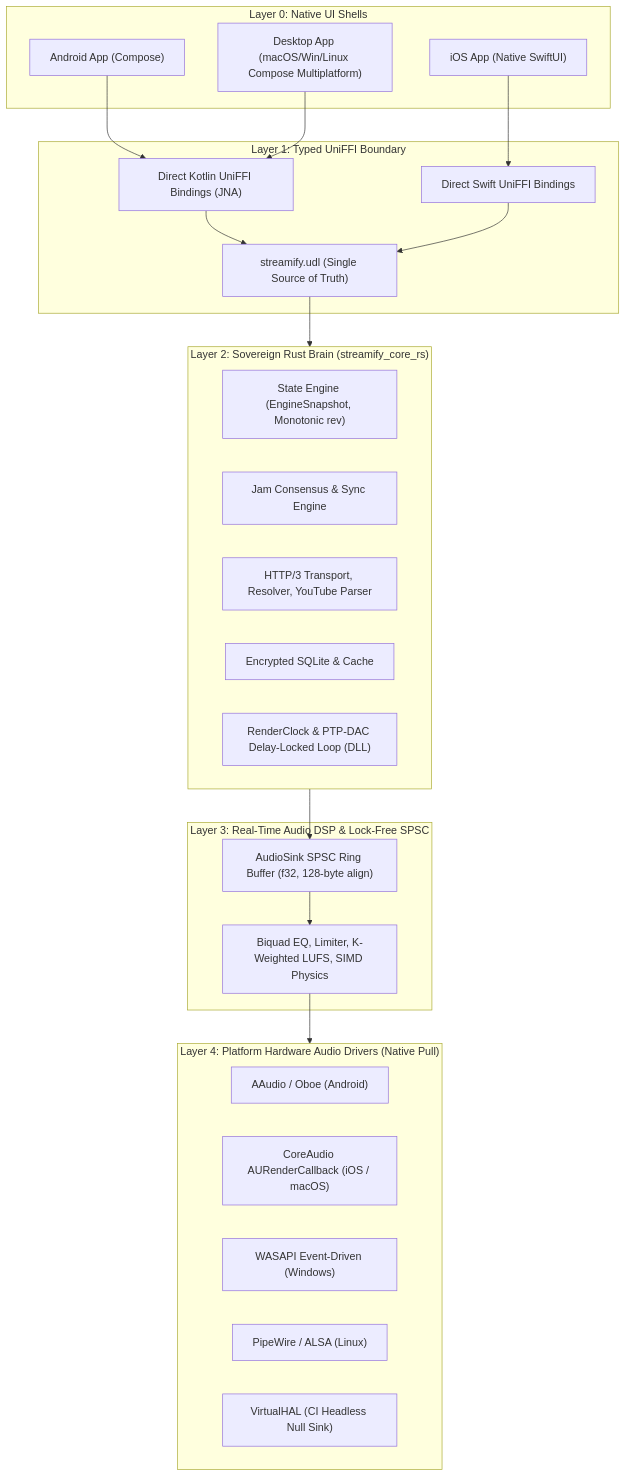
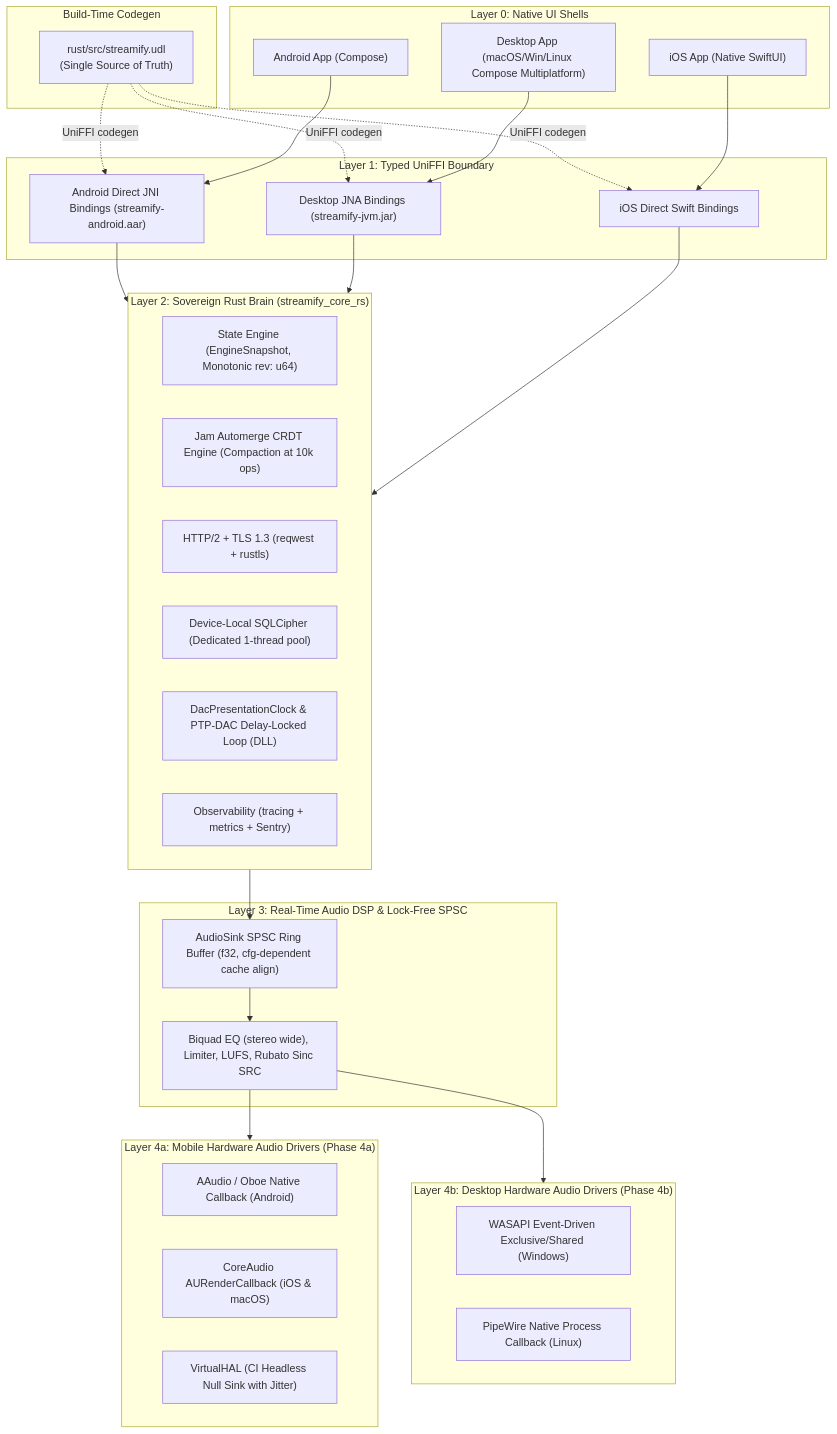
The diagram in docs/architecture/MULTIPLATFORM_PLAN_27_10.MD (meraxes89/streamify-apk), drawn with Mermaid before and after one commit. The commit also changed other lines of this file and 1 other file, not shown here.

Commit message:
docs: incorporate principal architect review (resp5.md) into multiplatform plan

````diff
--- a/docs/architecture/MULTIPLATFORM_PLAN_27_10.MD
+++ b/docs/architecture/MULTIPLATFORM_PLAN_27_10.MD
@@ -39,43 +61,56 @@
 ```mermaid
 flowchart TD
+    subgraph BuildTime["Build-Time Codegen"]
+        UDL["rust/src/streamify.udl<br/>(Single Source of Truth)"]
+    end
+
     subgraph Layer0["Layer 0: Native UI Shells"]
         UIA["Android App (Compose)"]
         UID["Desktop App (macOS/Win/Linux Compose Multiplatform)"]
         UII["iOS App (Native SwiftUI)"]
     end
 
     subgraph Layer1["Layer 1: Typed UniFFI Boundary"]
-        KBridge["Direct Kotlin UniFFI Bindings (JNA)"]
-        SBridge["Direct Swift UniFFI Bindings"]
-        Contract["streamify.udl (Single Source of Truth)"]
+        KBridge["Android Direct JNI Bindings (streamify-android.aar)"]
+        JVMBridge["Desktop JNA Bindings (streamify-jvm.jar)"]
+        SBridge["iOS Direct Swift Bindings"]
     end
 
     subgraph Layer2["Layer 2: Sovereign Rust Brain (streamify_core_rs)"]
-        State["State Engine (EngineSnapshot, Monotonic rev)"]
-        CRDT["Jam Consensus & Sync Engine"]
-        Net["HTTP/3 Transport, Resolver, YouTube Parser"]
-        DB["Encrypted SQLite & Cache"]
-        Clock["RenderClock & PTP-DAC Delay-Locked Loop (DLL)"]
+        State["State Engine (EngineSnapshot, Monotonic rev: u64)"]
+        CRDT["Jam Automerge CRDT Engine (Compaction at 10k ops)"]
+        Net["HTTP/2 + TLS 1.3 (reqwest + rustls)"]
+        DB["Device-Local SQLCipher (Dedicated 1-thread pool)"]
+        Clock["DacPresentationClock & PTP-DAC Delay-Locked Loop (DLL)"]
+        Obs["Observability (tracing + metrics + Sentry)"]
     end
 
     subgraph Layer3["Layer 3: Real-Time Audio DSP & Lock-Free SPSC"]
-        Ring["AudioSink SPSC Ring Buffer (f32, 128-byte align)"]
-        DSP["Biquad EQ, Limiter, K-Weighted LUFS, SIMD Physics"]
+        Ring["AudioSink SPSC Ring Buffer (f32, cfg-dependent cache align)"]
+        DSP["Biquad EQ (stereo wide), Limiter, LUFS, Rubato Sinc SRC"]
     end
 
-    subgraph Layer4["Layer 4: Platform Hardware Audio Drivers (Native Pull)"]
-        H_AA["AAudio / Oboe (Android)"]
-        H_CA["CoreAudio AURenderCallback (iOS / macOS)"]
-        H_WA["WASAPI Event-Driven (Windows)"]
-        H_PW["PipeWire / ALSA (Linux)"]
-        H_VI["VirtualHAL (CI Headless Null Sink)"]
+    subgraph Layer4a["Layer 4a: Mobile Hardware Audio Drivers (Phase 4a)"]
+        H_AA["AAudio / Oboe Native Callback (Android)"]
+        H_CA["CoreAudio AURenderCallback (iOS & macOS)"]
+        H_VI["VirtualHAL (CI Headless Null Sink with Jitter)"]
     end
 
-    UIA & UID --> KBridge
+    subgraph Layer4b["Layer 4b: Desktop Hardware Audio Drivers (Phase 4b)"]
+        H_WA["WASAPI Event-Driven Exclusive/Shared (Windows)"]
+        H_PW["PipeWire Native Process Callback (Linux)"]
+    end
+
+    UDL -.->|UniFFI codegen| KBridge
+    UDL -.->|UniFFI codegen| JVMBridge
+    UDL -.->|UniFFI codegen| SBridge
+
+    UIA --> KBridge
+    UID --> JVMBridge
     UII --> SBridge
-    KBridge & SBridge --> Contract
-    Contract --> Layer2
+
+    KBridge & JVMBridge & SBridge --> Layer2
     Layer2 --> Ring
     Ring --> DSP
-    DSP --> Layer4
+    DSP --> Layer4a & Layer4b
 ```
````
